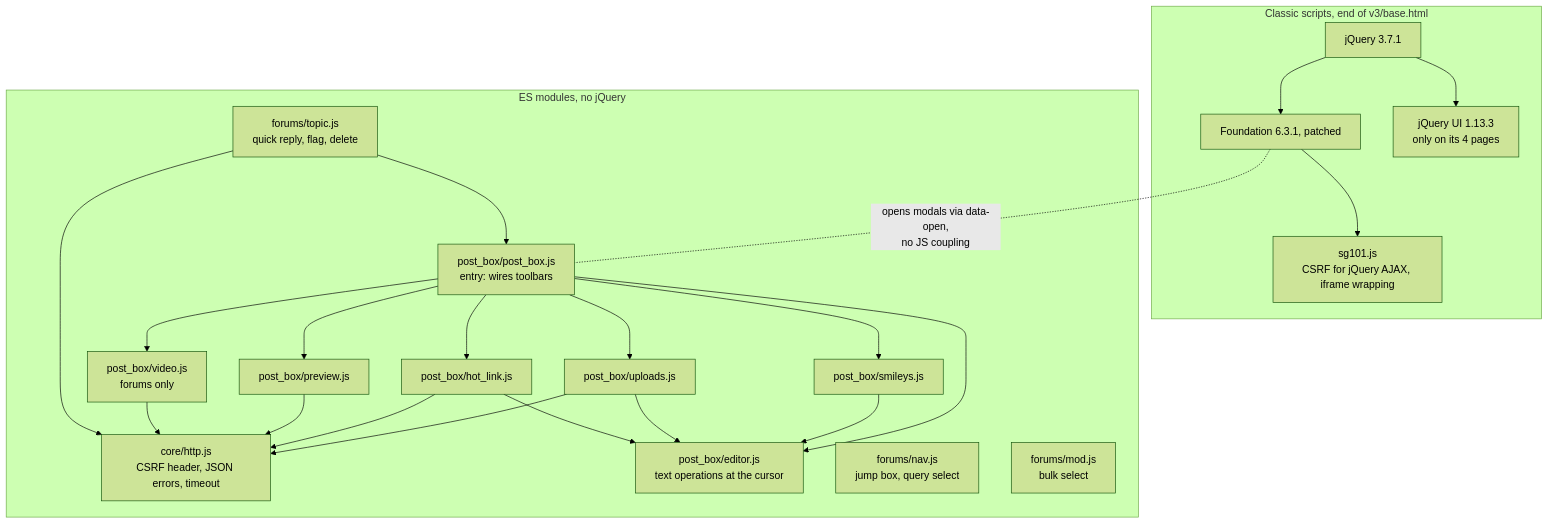
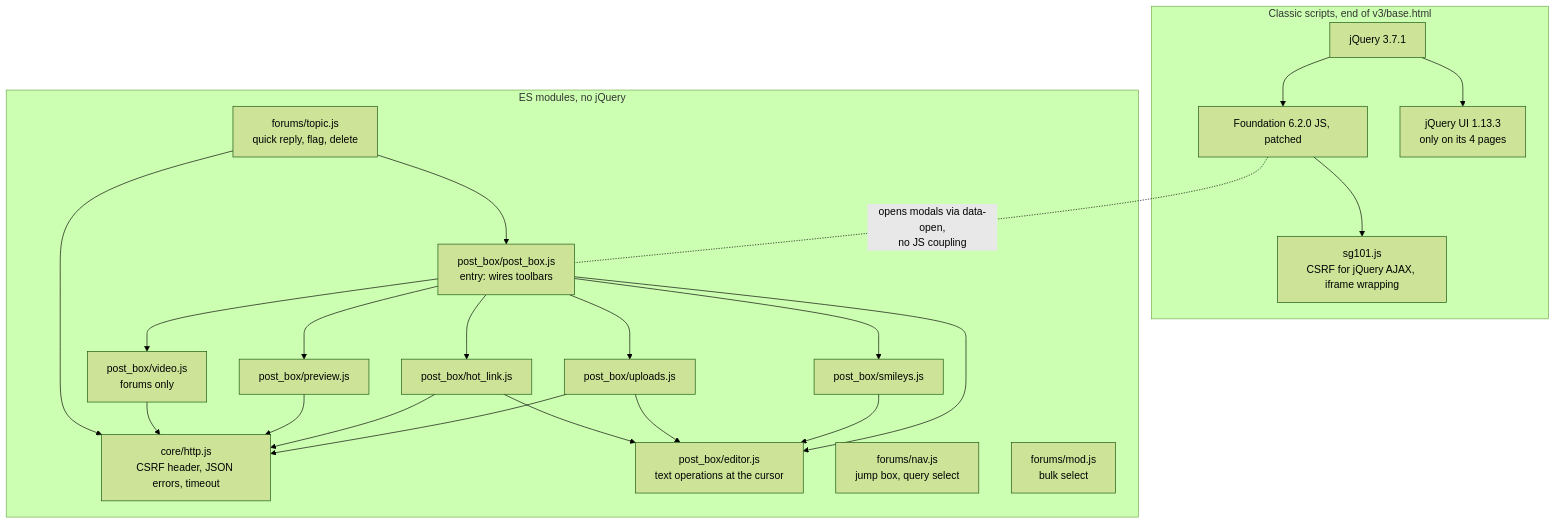
Before and after one commit to gremmie/sg101: the second of 4 diagrams in .agents/planning/2026-10-10-v3-forums-and-js/design/detailed-design.md, drawn with Mermaid (forest theme). The commit also changed other lines of this file and 9 other files, not shown here.

````diff
--- a/.agents/planning/2026-10-10-v3-forums-and-js/design/detailed-design.md
+++ b/.agents/planning/2026-10-10-v3-forums-and-js/design/detailed-design.md
@@ -152,25 +154,25 @@
 ```mermaid
 flowchart TB
   subgraph classic["Classic scripts, end of v3/base.html"]
-    JQ[jQuery 3.7.1] --> FND[Foundation 6.3.1, patched] --> SG[sg101.js<br/>CSRF for jQuery AJAX, iframe wrapping]
+    JQ[jQuery 3.7.1] --> FND[Foundation 6.2.0 JS, patched] --> SG[sg101.js<br/>CSRF for jQuery AJAX, iframe wrapping]
     JQ --> JUI[jQuery UI 1.13.3<br/>only on its 4 pages]
   end
   subgraph modules["ES modules, no jQuery"]
     HTTP[core/http.js<br/>CSRF header, JSON errors, timeout]
     ED[post_box/editor.js<br/>text operations at the cursor]
     PB[post_box/post_box.js<br/>entry: wires toolbars]
     SM[post_box/smileys.js]
     UP[post_box/uploads.js]
     HL[post_box/hot_link.js]
     PV[post_box/preview.js]
     VID[post_box/video.js<br/>forums only]
     FT[forums/topic.js<br/>quick reply, flag, delete]
     FN[forums/nav.js<br/>jump box, query select]
     FM[forums/mod.js<br/>bulk select]
     PB --> ED & SM & UP & HL & PV & VID
     UP & HL & PV & VID & FT --> HTTP
     SM & UP & HL --> ED
     FT --> PB
   end
   FND -. "opens modals via data-open,<br/>no JS coupling" .- PB
 ```
````
